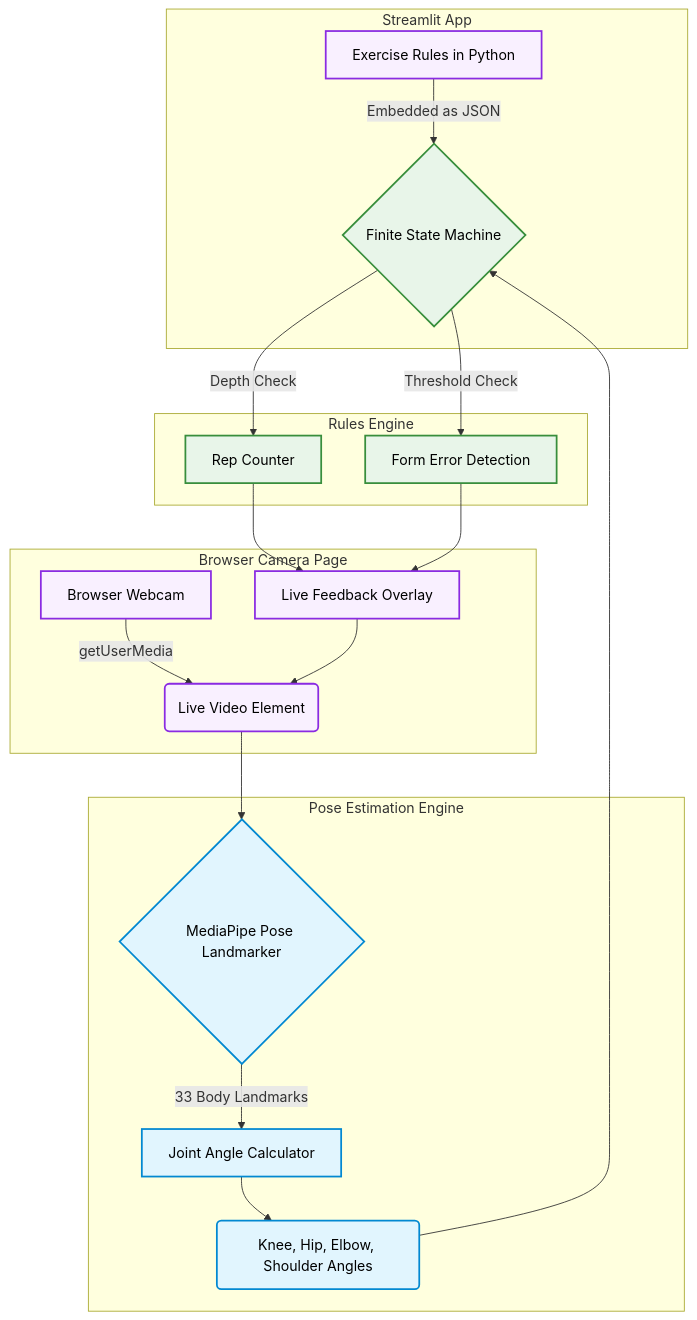
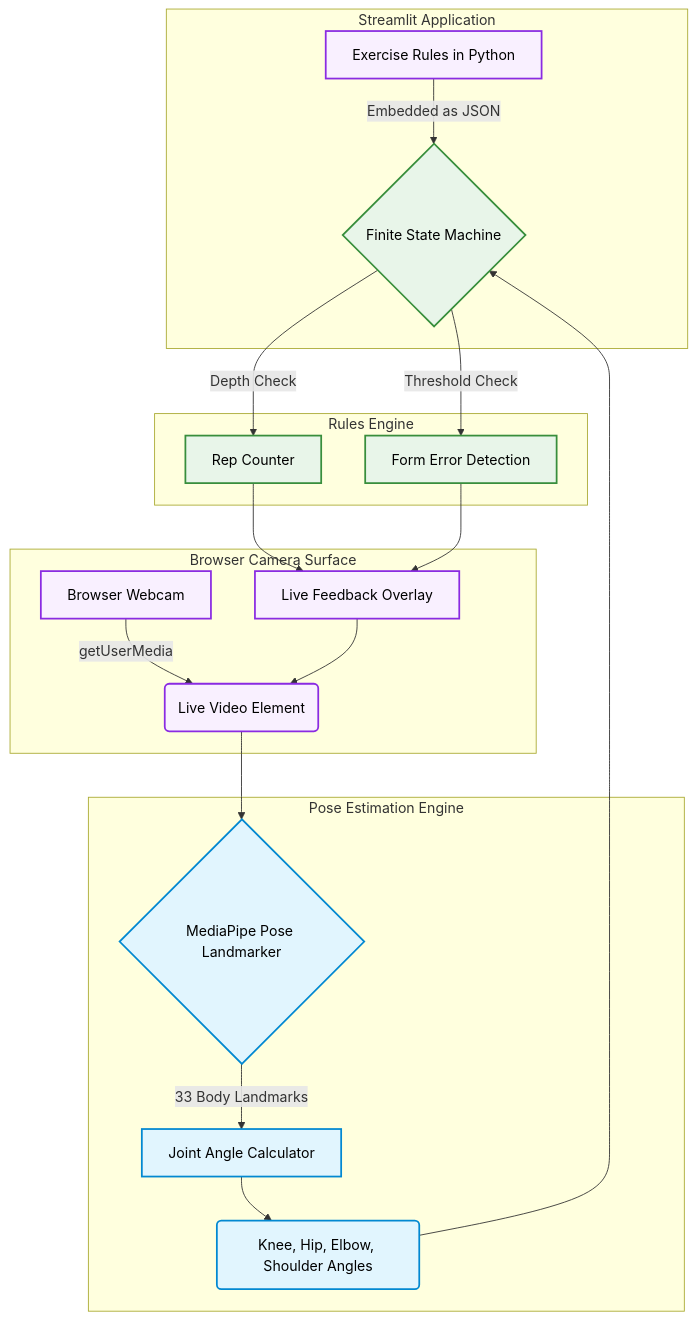
Before and after one commit to Shashank17singh/SIC-Project: the diagram in README.md, drawn with Mermaid. The commit also changed other lines of this file, not shown here.

````diff
--- a/README.md
+++ b/README.md
@@ -25,33 +20,33 @@
 ```mermaid
 graph TD
-    subgraph "Streamlit App"
+    subgraph "Streamlit Application"
     J[Exercise Rules in Python] -->|Embedded as JSON| F
     end
 
-    subgraph "Browser Camera Page"
+    subgraph "Browser Camera Surface"
     A[Browser Webcam] -->|getUserMedia| B(Live Video Element)
     H[Live Feedback Overlay] --> B
     end
 
     subgraph "Pose Estimation Engine"
     B --> C{MediaPipe Pose Landmarker}
     C -->|33 Body Landmarks| D[Joint Angle Calculator]
     D --> E(Knee, Hip, Elbow, Shoulder Angles)
     end
 
     subgraph "Rules Engine"
     E --> F{Finite State Machine}
     F -->|Depth Check| G[Rep Counter]
     F -->|Threshold Check| I[Form Error Detection]
     G --> H
     I --> H
     end
 
     classDef io fill:#f9f0ff,stroke:#8a2be2,stroke-width:2px,color:#000;
     classDef core fill:#e1f5fe,stroke:#0288d1,stroke-width:2px,color:#000;
     classDef logic fill:#e8f5e9,stroke:#388e3c,stroke-width:2px,color:#000;
 
     class A,H,B,J io;
     class C,D,E core;
     class F,G,I logic;
 ```
````
